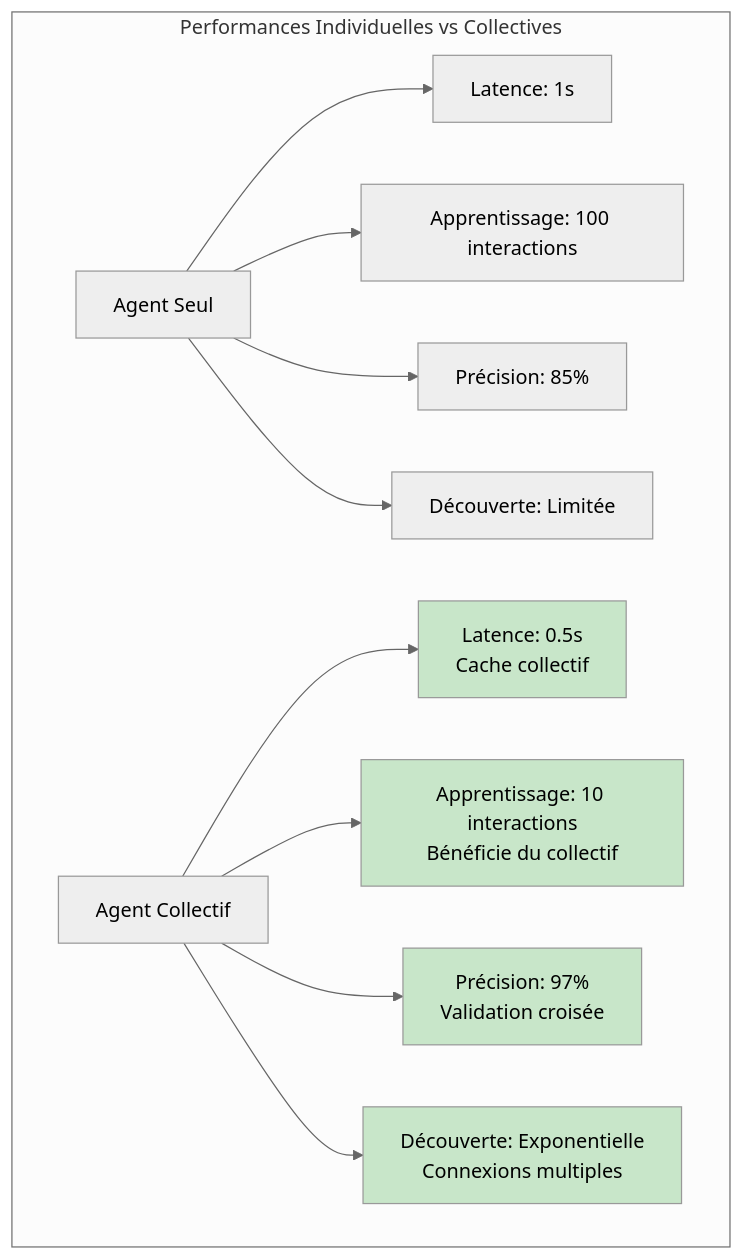
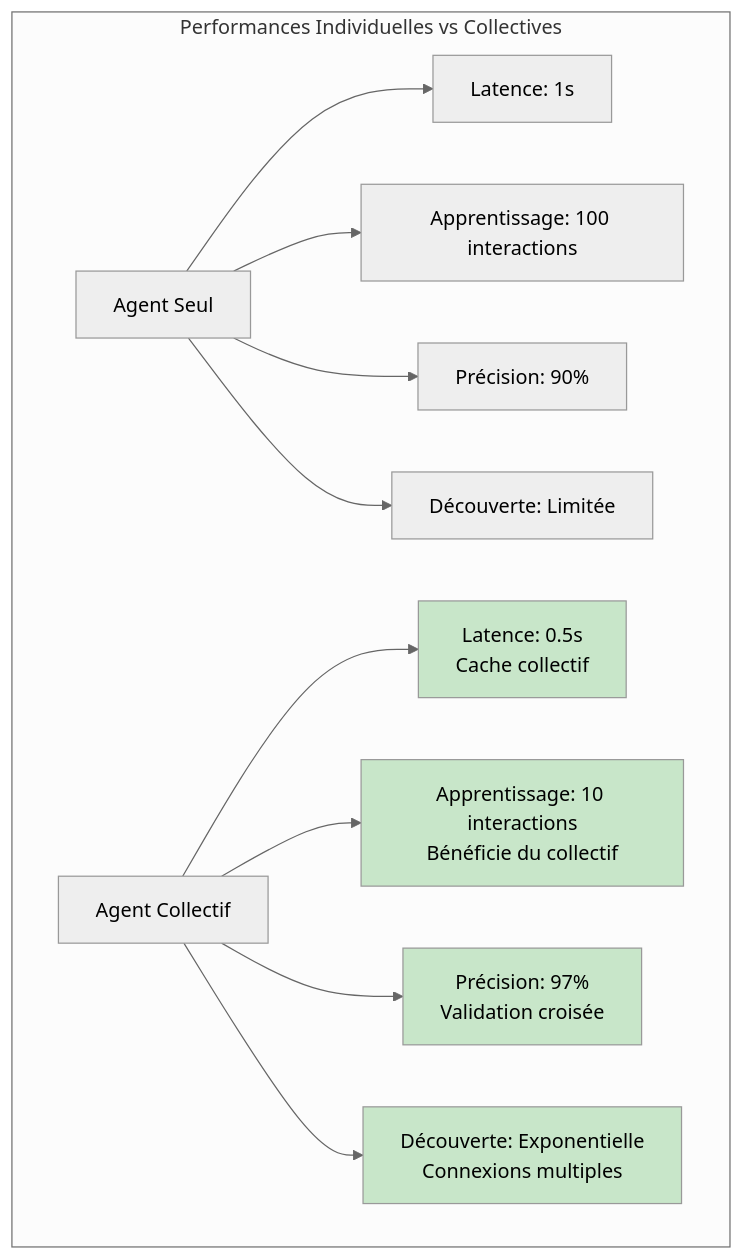
Before and after one commit to iapourtous/UXMPC: diagram 22 of 26 in memoryExperiment.md, drawn with Mermaid (neutral theme). The commit also changed 30 other files, not shown here.

````diff
--- a/memoryExperiment.md
+++ b/memoryExperiment.md
@@ -745,36 +745,36 @@
 ```mermaid
 graph TD
     subgraph "Performances Individuelles vs Collectives"
         IND[Agent Seul]
         COL[Agent Collectif]
         
         SPEED_I[Latence: 1s]
         SPEED_C[Latence: 0.5s<br/>Cache collectif]
         
         LEARN_I[Apprentissage: 100 interactions]
         LEARN_C[Apprentissage: 10 interactions<br/>Bénéficie du collectif]
         
-        ACCURACY_I[Précision: 85%]
+        ACCURACY_I[Précision: 90%]
         ACCURACY_C[Précision: 97%<br/>Validation croisée]
         
         DISCOVERY_I[Découverte: Limitée]
         DISCOVERY_C[Découverte: Exponentielle<br/>Connexions multiples]
     end
     
     IND --> SPEED_I
     COL --> SPEED_C
     
     IND --> LEARN_I
     COL --> LEARN_C
     
     IND --> ACCURACY_I
     COL --> ACCURACY_C
     
     IND --> DISCOVERY_I
     COL --> DISCOVERY_C
     
     style SPEED_C fill:#c8e6c9
     style LEARN_C fill:#c8e6c9
     style ACCURACY_C fill:#c8e6c9
     style DISCOVERY_C fill:#c8e6c9
 ```
````
